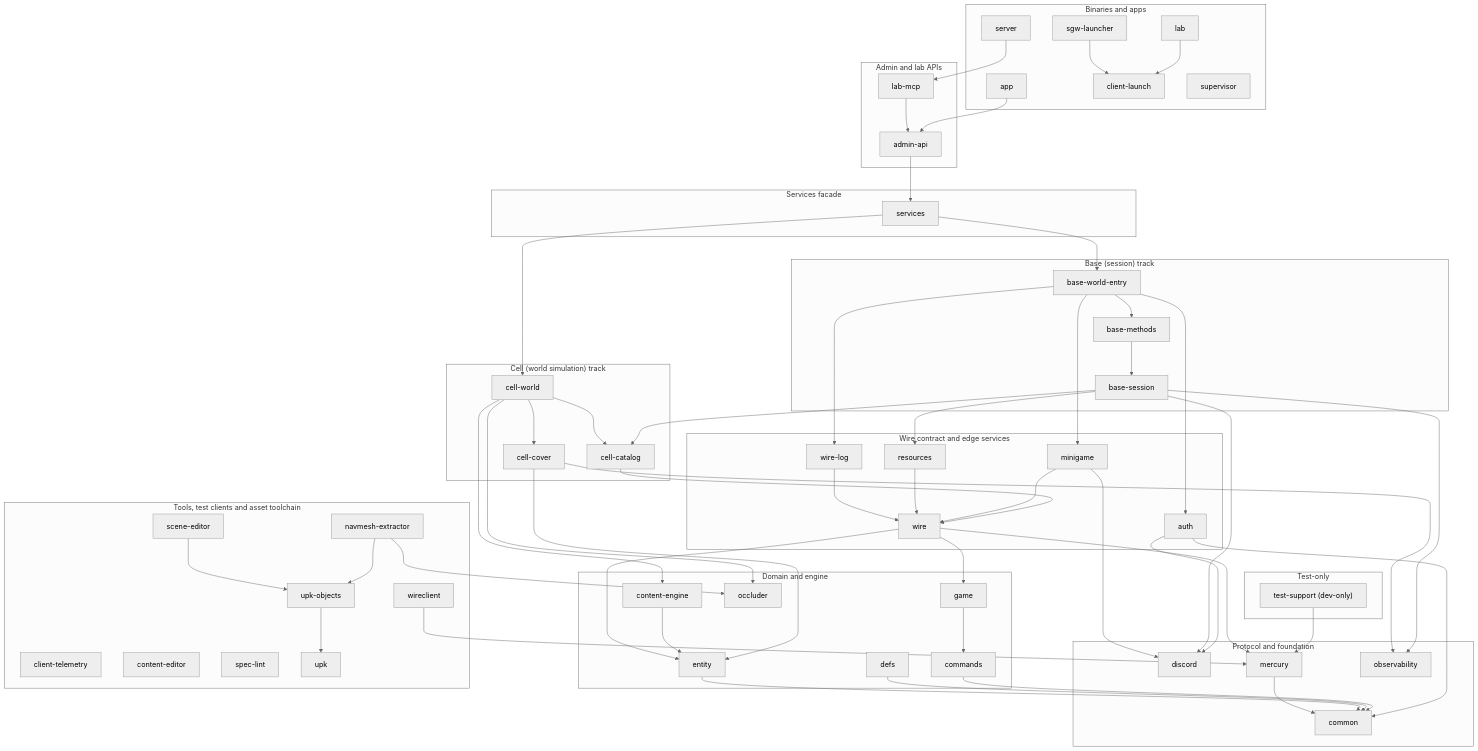
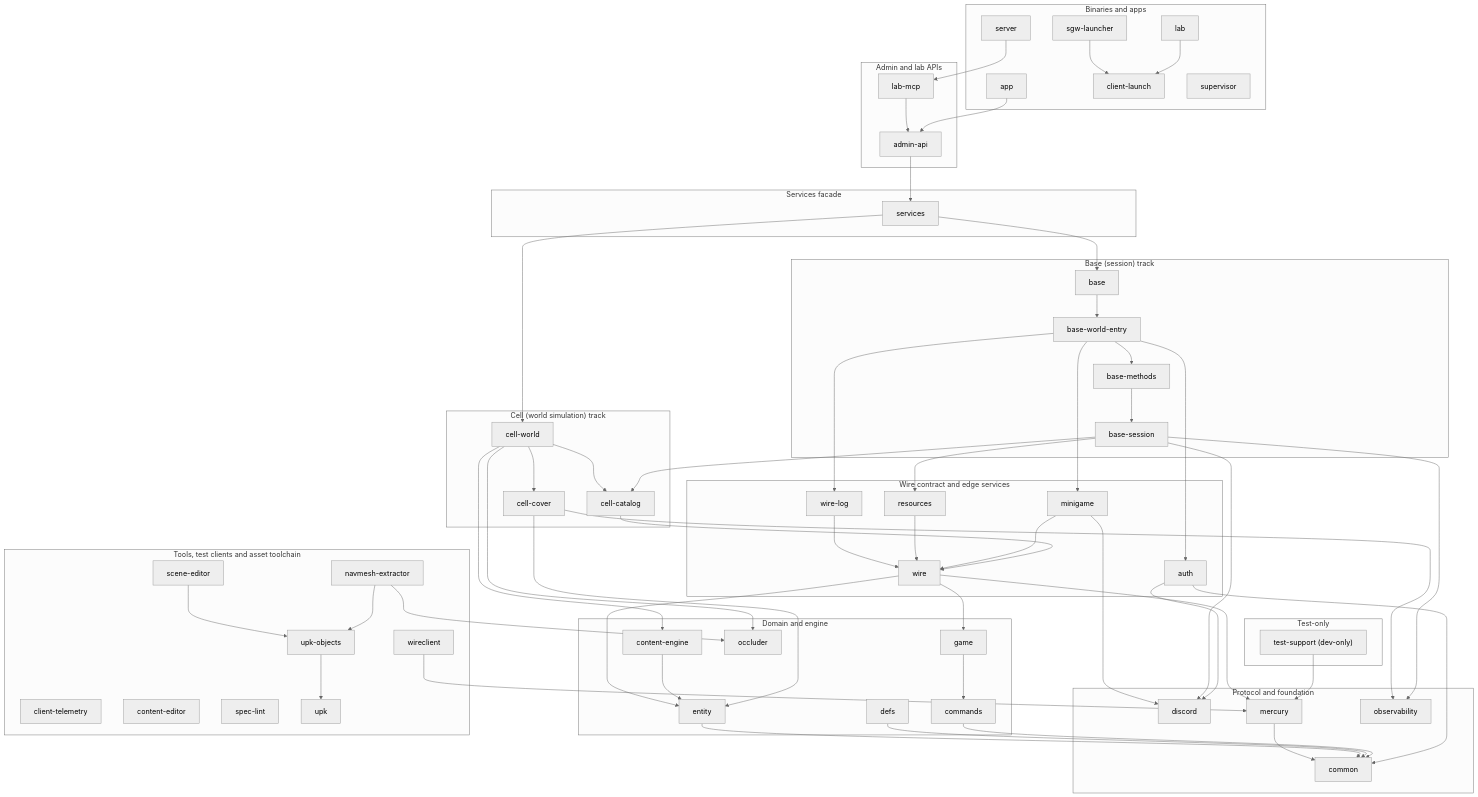
The diagram in README.md (SandboxServers/Cimmeria), drawn with Mermaid before and after one commit. The commit also changed other lines of this file and 39 other files, not shown here.

```diff
--- a/README.md
+++ b/README.md
@@ -119,6 +119,7 @@
         cellWorld["cell-world"]
     end
     subgraph grp_base["Base (session) track"]
+        base["base"]
         baseMethods["base-methods"]
         baseSession["base-session"]
         baseWorldEntry["base-world-entry"]
@@ -161,6 +162,7 @@
     app --> adminApi
     auth --> common
     auth --> discord
+    base --> baseWorldEntry
     baseMethods --> baseSession
     baseSession --> cellCatalog
     baseSession --> discord
@@ -192,7 +194,7 @@
     resources --> wire
     sceneEditor --> upkObjects
     server --> labMcp
-    services --> baseWorldEntry
+    services --> base
     services --> cellWorld
     testSupport --> mercury
     upkObjects --> upk
```
